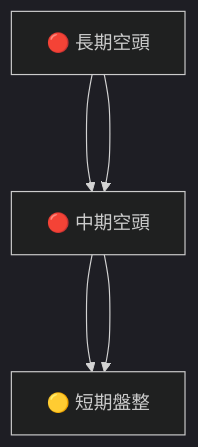
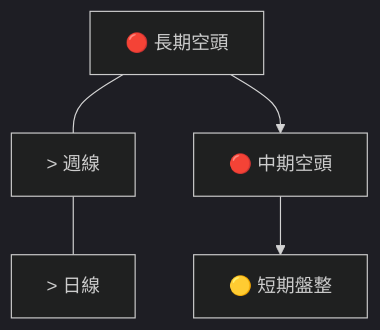
Before and after one commit to yennanliu/finance_data: the second of 10 diagrams in ai_gen_report/stock/vst/technical_analysis_2026-04-06_openai.md, drawn with Mermaid (dark theme). The commit also changed other lines of this file and 2258 other files, not shown here.

First line of the commit message:
chore: backfill Mermaid syntax repair across existing reports

````diff
--- a/ai_gen_report/stock/vst/technical_analysis_2026-04-06_openai.md
+++ b/ai_gen_report/stock/vst/technical_analysis_2026-04-06_openai.md
@@ -90,6 +90,6 @@
 ```mermaid
 graph TD
-    月線 ---> 週線 ---> 日線
+    月線 --- nb1["> 週線"] --- nb2["> 日線"]
     月線["🔴 長期空頭"] --> 週線["🔴 中期空頭"]
     週線 --> 日線["🟡 短期盤整"]
 ```
````
